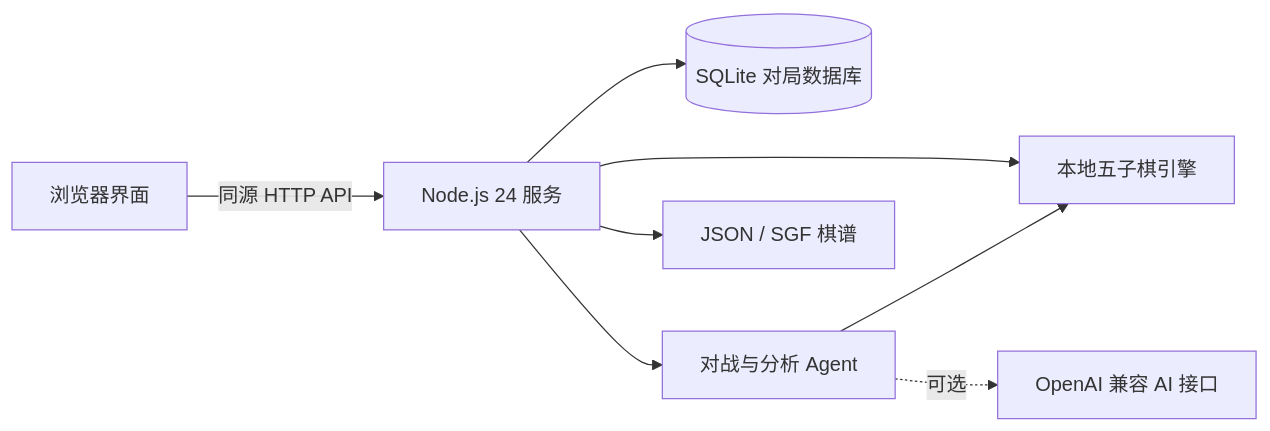
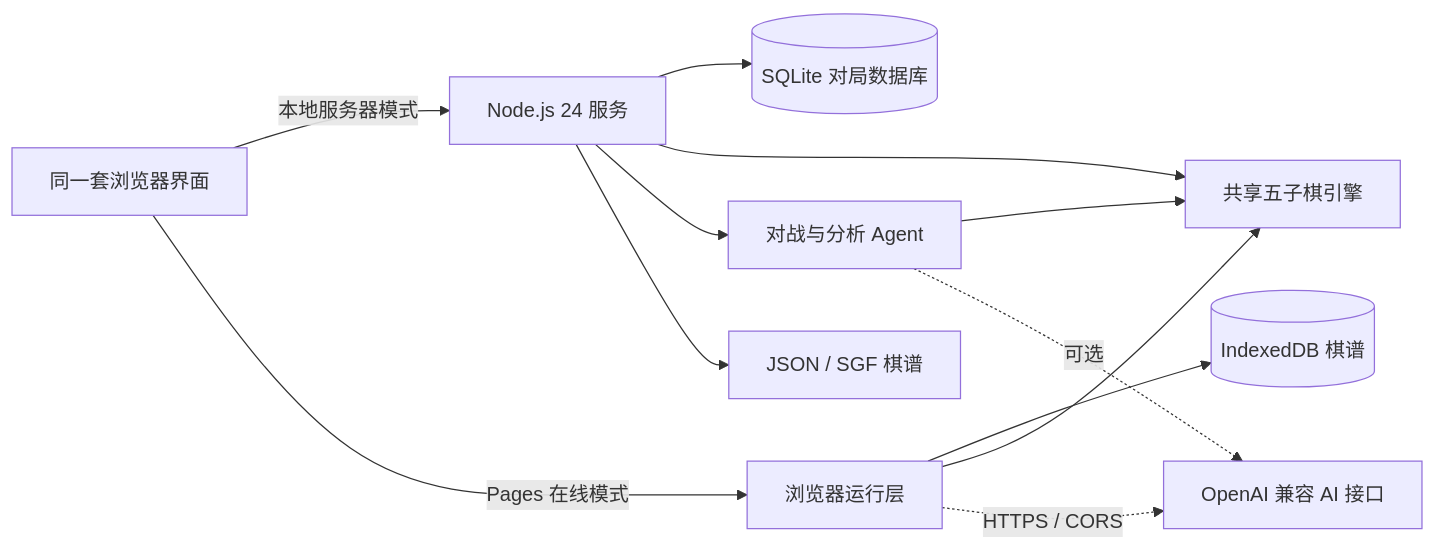
One commit to Yvoml/yijing-gomoku changed the diagram in docs/ARCHITECTURE.md. Above: the diagram before and after it, drawn with Mermaid. The commit also changed other lines of this file and 17 other files, not shown here.

````diff
--- a/docs/ARCHITECTURE.md
+++ b/docs/ARCHITECTURE.md
@@ -3,10 +3,14 @@
 ```mermaid
 flowchart LR
-    Browser[浏览器界面] -->|同源 HTTP API| Server[Node.js 24 服务]
+    Browser[同一套浏览器界面] -->|本地服务器模式| Server[Node.js 24 服务]
+    Browser -->|Pages 在线模式| Runtime[浏览器运行层]
+    Runtime --> IDB[(IndexedDB 棋谱)]
+    Runtime --> Engine[共享五子棋引擎]
+    Runtime -. HTTPS / CORS .-> Provider[OpenAI 兼容 AI 接口]
     Server --> DB[(SQLite 对局数据库)]
-    Server --> Engine[本地五子棋引擎]
+    Server --> Engine
     Server --> Agent[对战与分析 Agent]
     Agent --> Engine
-    Agent -. 可选 .-> Provider[OpenAI 兼容 AI 接口]
+    Agent -. 可选 .-> Provider
     Server --> Export[JSON / SGF 棋谱]
 ```
````
